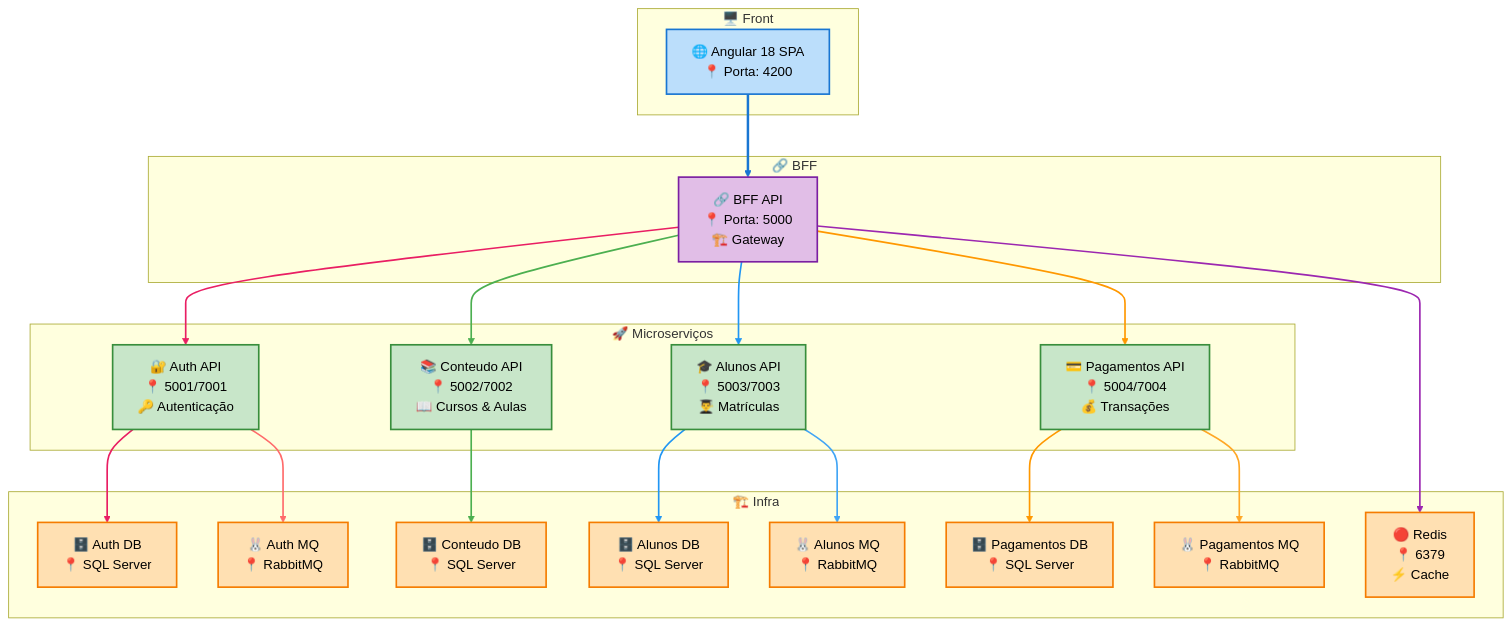
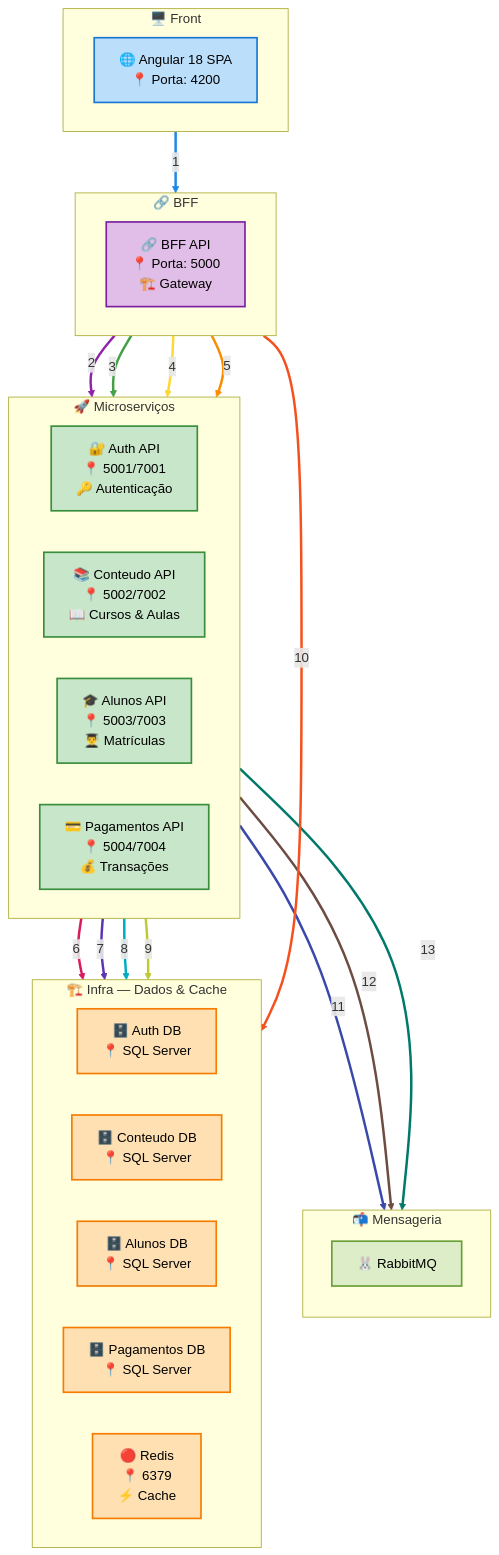
Before and after one commit to jasonamaral/mba.modulo4: the diagram in README.md, drawn with Mermaid.

Commit message:
Mermaid - Melhoria no layout

````diff
--- a/README.md
+++ b/README.md
@@ -30,88 +30,86 @@
 ```mermaid
+---
+config:
+  layout: fixed
+---
 flowchart TD
-    %% NÍVEL 1: FRONT
-    subgraph Front["🖥️ Front"]
-        Frontend[🌐 Angular 18 SPA<br/>📍 Porta: 4200]
-    end
-    
-    %% NÍVEL 2: BFF
-    subgraph BFF_Layer["🔗 BFF"]
-        BFF[🔗 BFF API<br/>📍 Porta: 5000<br/>🏗️ Gateway]
-    end
-    
-    %% NÍVEL 3: MICROSERVIÇOS EM COLUNAS ALINHADAS
-    subgraph Microservicos["🚀 Microserviços"]
-        Auth[🔐 Auth API<br/>📍 5001/7001<br/>🔑 Autenticação]
-        Conteudo[📚 Conteudo API<br/>📍 5002/7002<br/>📖 Cursos & Aulas]
-        Alunos[🎓 Alunos API<br/>📍 5003/7003<br/>👨‍🎓 Matrículas]
-        Pagamentos[💳 Pagamentos API<br/>📍 5004/7004<br/>💰 Transações]
-    end
-    
-    %% NÍVEL 4: INFRAESTRUTURA ALINHADA VERTICALMENTE
-    subgraph Infra["🏗️ Infra"]
-        AuthDB[🗄️ Auth DB<br/>📍 SQL Server]
-        ConteudoDB[🗄️ Conteudo DB<br/>📍 SQL Server]
-        AlunosDB[🗄️ Alunos DB<br/>📍 SQL Server]
-        PagamentosDB[🗄️ Pagamentos DB<br/>📍 SQL Server]
-        
-        AuthMQ[🐰 Auth MQ<br/>📍 RabbitMQ]
-        AlunosMQ[🐰 Alunos MQ<br/>📍 RabbitMQ]
-        PagamentosMQ[🐰 Pagamentos MQ<br/>📍 RabbitMQ]
-        
-        Cache[🔴 Redis<br/>📍 6379<br/>⚡ Cache]
-    end
-    
-    %% CONEXÕES PRINCIPAIS (RETAS)
-    Frontend --> BFF
-    
-    BFF --> Auth
-    BFF --> Conteudo
-    BFF --> Alunos
-    BFF --> Pagamentos
-    
-    %% CONEXÕES DIRETAS E RETAS (SEM SOBREPOSIÇÃO)
-    Auth --> AuthDB
-    Auth --> AuthMQ
-    
-    Conteudo --> ConteudoDB
-    
-    Alunos --> AlunosDB
-    Alunos --> AlunosMQ
-    
-    Pagamentos --> PagamentosDB
-    Pagamentos --> PagamentosMQ
-    
-    BFF --> Cache
-    
-    %% ESTILOS DOS SUBGRAFOS
+ subgraph Front["🖥️ Front"]
+    direction LR
+        Frontend["🌐 Angular 18 SPA<br>📍 Porta: 4200"]
+  end
+ subgraph BFF_Layer["🔗 BFF"]
+    direction LR
+        BFF["🔗 BFF API<br>📍 Porta: 5000<br>🏗️ Gateway"]
+  end
+ subgraph Microservicos["🚀 Microserviços"]
+    direction LR
+        Auth["🔐 Auth API<br>📍 5001/7001<br>🔑 Autenticação"]
+        Conteudo["📚 Conteudo API<br>📍 5002/7002<br>📖 Cursos &amp; Aulas"]
+        Alunos["🎓 Alunos API<br>📍 5003/7003<br>👨‍🎓 Matrículas"]
+        Pagamentos["💳 Pagamentos API<br>📍 5004/7004<br>💰 Transações"]
+  end
+ subgraph Infra["🏗️ Infra — Dados & Cache"]
+    direction LR
+        AuthDB["🗄️ Auth DB<br>📍 SQL Server"]
+        ConteudoDB["🗄️ Conteudo DB<br>📍 SQL Server"]
+        AlunosDB["🗄️ Alunos DB<br>📍 SQL Server"]
+        PagamentosDB["🗄️ Pagamentos DB<br>📍 SQL Server"]
+        Cache["🔴 Redis<br>📍 6379<br>⚡ Cache"]
+  end
+ subgraph Mensageria["📬 Mensageria"]
+    direction TB
+        Rabbit["🐰 RabbitMQ"]
+  end
+    Frontend -- 1 --> BFF
+    BFF -- 2 --> Auth
+    BFF -- 3 --> Conteudo
+    BFF -- 4 --> Alunos
+    BFF -- 5 --> Pagamentos
+    Auth -- 6 --> AuthDB
+    Conteudo -- 7 --> ConteudoDB
+    Alunos -- 8 --> AlunosDB
+    Pagamentos -- 9 --> PagamentosDB
+    BFF -- 10 --> Cache
+    Auth -- 11 --> Rabbit
+    Alunos -- 12 --> Rabbit
+    Pagamentos -- 13 --> Rabbit
+    MensageriaStart[[" "]]
+     Frontend:::frontend
+     BFF:::bff
+     Auth:::microservice
+     Conteudo:::microservice
+     Alunos:::microservice
+     Pagamentos:::microservice
+     AuthDB:::infrastructure
+     ConteudoDB:::infrastructure
+     AlunosDB:::infrastructure
+     PagamentosDB:::infrastructure
+     Cache:::infrastructure
+     Rabbit:::messaging
+     MensageriaStart:::invisible
     classDef frontGroup fill:#e3f2fd,stroke:#1976d2,stroke-width:3px
     classDef bffGroup fill:#f3e5f5,stroke:#7b1fa2,stroke-width:3px
     classDef microGroup fill:#e8f5e8,stroke:#388e3c,stroke-width:3px
     classDef infraGroup fill:#fff3e0,stroke:#f57c00,stroke-width:3px
-    
-    %% ESTILOS DOS NÓDULOS
+    classDef msgGroup fill:#f1f8e9,stroke:#689f38,stroke-width:3px
+    classDef invisible fill:none,stroke:none
     classDef frontend fill:#bbdefb,stroke:#1976d2,stroke-width:2px,color:#000
     classDef bff fill:#e1bee7,stroke:#7b1fa2,stroke-width:2px,color:#000
     classDef microservice fill:#c8e6c9,stroke:#388e3c,stroke-width:2px,color:#000
     classDef infrastructure fill:#ffe0b2,stroke:#f57c00,stroke-width:2px,color:#000
-    
-    %% ESTILOS DAS CONEXÕES (CORES DISTINTAS)
-    linkStyle 0 stroke:#1976d2,stroke-width:3px
-    linkStyle 1 stroke:#e91e63,stroke-width:2px
-    linkStyle 2 stroke:#4caf50,stroke-width:2px
-    linkStyle 3 stroke:#2196f3,stroke-width:2px
-    linkStyle 4 stroke:#ff9800,stroke-width:2px
-    linkStyle 5 stroke:#e91e63,stroke-width:2px
-    linkStyle 6 stroke:#ff6b6b,stroke-width:2px
-    linkStyle 7 stroke:#4caf50,stroke-width:2px
-    linkStyle 8 stroke:#2196f3,stroke-width:2px
-    linkStyle 9 stroke:#42a5f5,stroke-width:2px
-    linkStyle 10 stroke:#ff9800,stroke-width:2px
-    linkStyle 11 stroke:#ffa726,stroke-width:2px
-    linkStyle 12 stroke:#9c27b0,stroke-width:2px
-    
-    class Frontend frontend
-    class BFF bff
-    class Auth,Conteudo,Alunos,Pagamentos microservice
-    class AuthDB,ConteudoDB,AlunosDB,PagamentosDB,AuthMQ,AlunosMQ,PagamentosMQ,Cache infrastructure
+    classDef messaging fill:#dcedc8,stroke:#689f38,stroke-width:2px,color:#000
+    linkStyle 0 stroke:#1e88e5,stroke-width:3px,fill:none
+    linkStyle 1 stroke:#8e24aa,stroke-width:3px,fill:none
+    linkStyle 2 stroke:#43a047,stroke-width:3px,fill:none
+    linkStyle 3 stroke:#fdd835,stroke-width:3px,fill:none
+    linkStyle 4 stroke:#fb8c00,stroke-width:3px,fill:none
+    linkStyle 5 stroke:#d81b60,stroke-width:3px,fill:none
+    linkStyle 6 stroke:#5e35b1,stroke-width:3px,fill:none
+    linkStyle 7 stroke:#00acc1,stroke-width:3px,fill:none
+    linkStyle 8 stroke:#c0ca33,stroke-width:3px,fill:none
+    linkStyle 9 stroke:#f4511e,stroke-width:3px,fill:none
+    linkStyle 10 stroke:#3949ab,stroke-width:3px,fill:none
+    linkStyle 11 stroke:#6d4c41,stroke-width:3px,fill:none
+    linkStyle 12 stroke:#00796b,stroke-width:3px,fill:none
+
 ```
````
